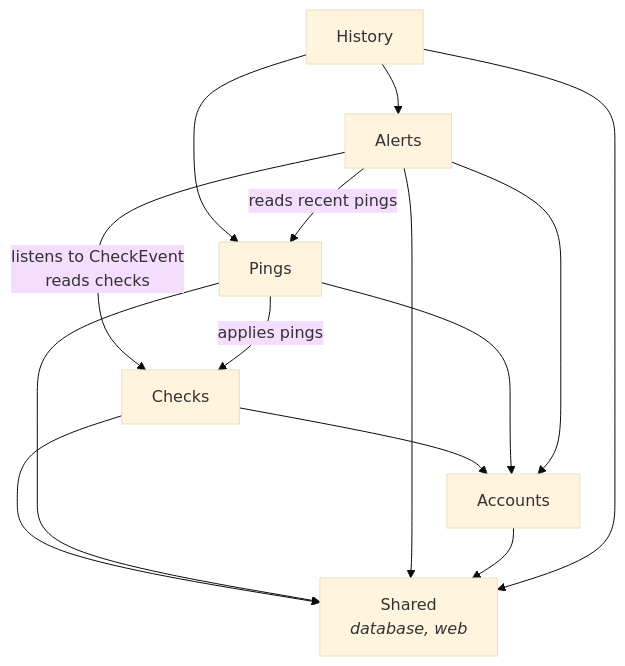
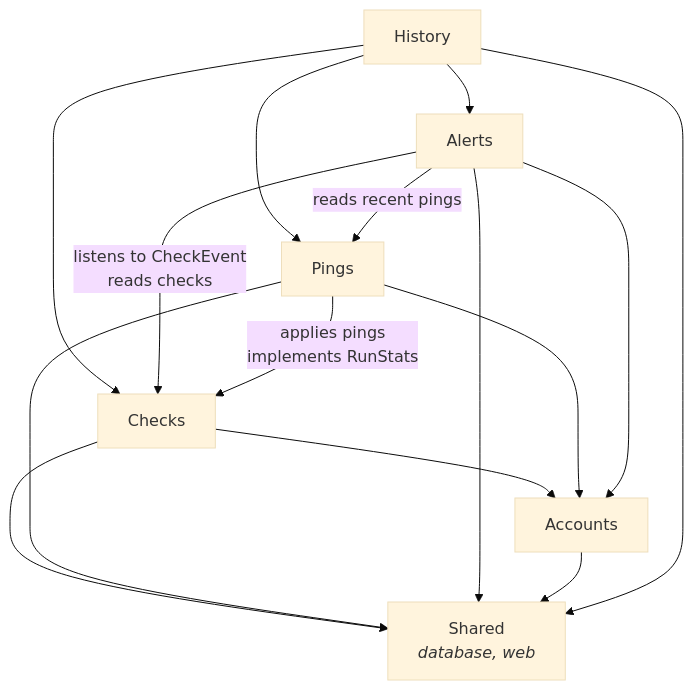
Before and after one commit to steelreed/cronbell: the first of 2 diagrams in ARCHITECTURE.md, drawn with Mermaid (base theme). The commit also changed other lines of this file and 34 other files, not shown here.

````diff
--- a/ARCHITECTURE.md
+++ b/ARCHITECTURE.md
@@ -38,19 +38,20 @@
 ```mermaid
 flowchart TD
     history[History]
     alerts[Alerts]
     pings[Pings]
     checks[Checks]
     accounts[Accounts]
     shared[Shared<br/><i>database, web</i>]
 
     history --> pings
     history --> alerts
+    history --> checks
     alerts -- "listens to CheckEvent<br/>reads checks" --> checks
     alerts -- "reads recent pings" --> pings
-    pings -- "applies pings" --> checks
+    pings -- "applies pings<br/>implements RunStats" --> checks
     checks --> accounts
     pings --> accounts
     alerts --> accounts
     checks & pings & alerts & accounts & history --> shared
 ```
````
